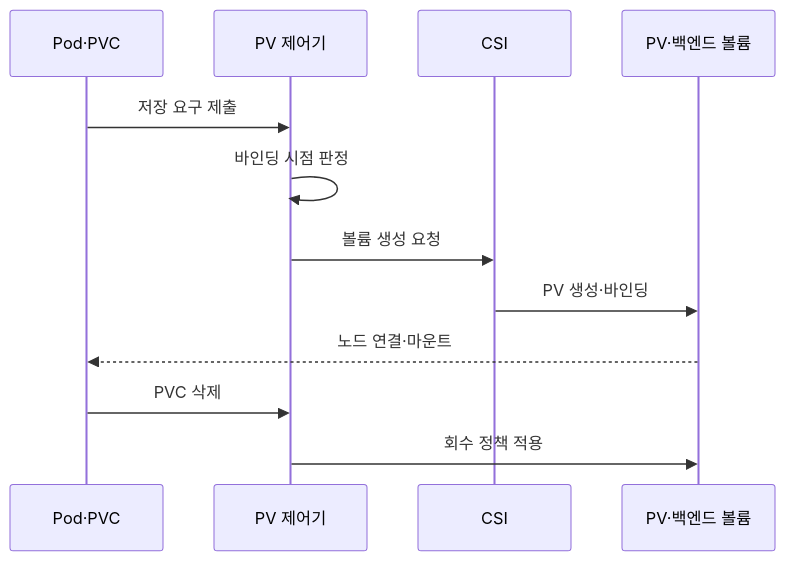
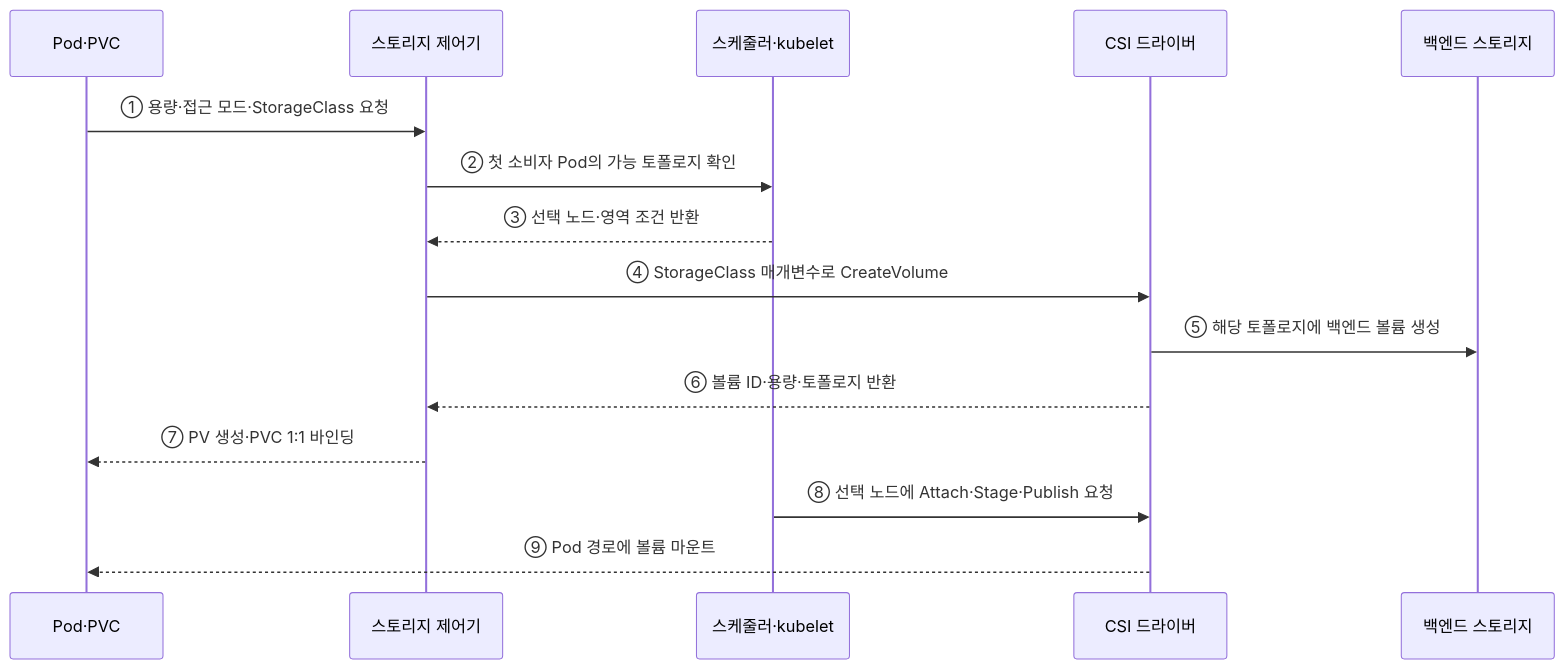
Before and after one commit to agnusdei1207/knowledge-base: the second of 2 diagrams in src/content/docs/notes/03-software/157_kubernetes_storage.md, drawn with Mermaid. The commit also changed other lines of this file and 20 other files, not shown here.

````diff
--- a/src/content/docs/notes/03-software/157_kubernetes_storage.md
+++ b/src/content/docs/notes/03-software/157_kubernetes_storage.md
@@ -79,14 +72,17 @@
 ```mermaid
 sequenceDiagram
     participant P as Pod·PVC
-    participant C as PV 제어기
-    participant D as CSI
-    participant V as PV·백엔드 볼륨
-    P->>C: 저장 요구 제출
-    C->>C: 바인딩 시점 판정
-    C->>D: 볼륨 생성 요청
-    D->>V: PV 생성·바인딩
-    V-->>P: 노드 연결·마운트
-    P->>C: PVC 삭제
-    C->>V: 회수 정책 적용
+    participant C as 스토리지 제어기
+    participant K as 스케줄러·kubelet
+    participant D as CSI 드라이버
+    participant V as 백엔드 스토리지
+    P->>C: ① 용량·접근 모드·StorageClass 요청
+    C->>K: ② 첫 소비자 Pod의 가능 토폴로지 확인
+    K-->>C: ③ 선택 노드·영역 조건 반환
+    C->>D: ④ StorageClass 매개변수로 CreateVolume
+    D->>V: ⑤ 해당 토폴로지에 백엔드 볼륨 생성
+    D-->>C: ⑥ 볼륨 ID·용량·토폴로지 반환
+    C-->>P: ⑦ PV 생성·PVC 1:1 바인딩
+    K->>D: ⑧ 선택 노드에 Attach·Stage·Publish 요청
+    D-->>P: ⑨ Pod 경로에 볼륨 마운트
 ```
````
